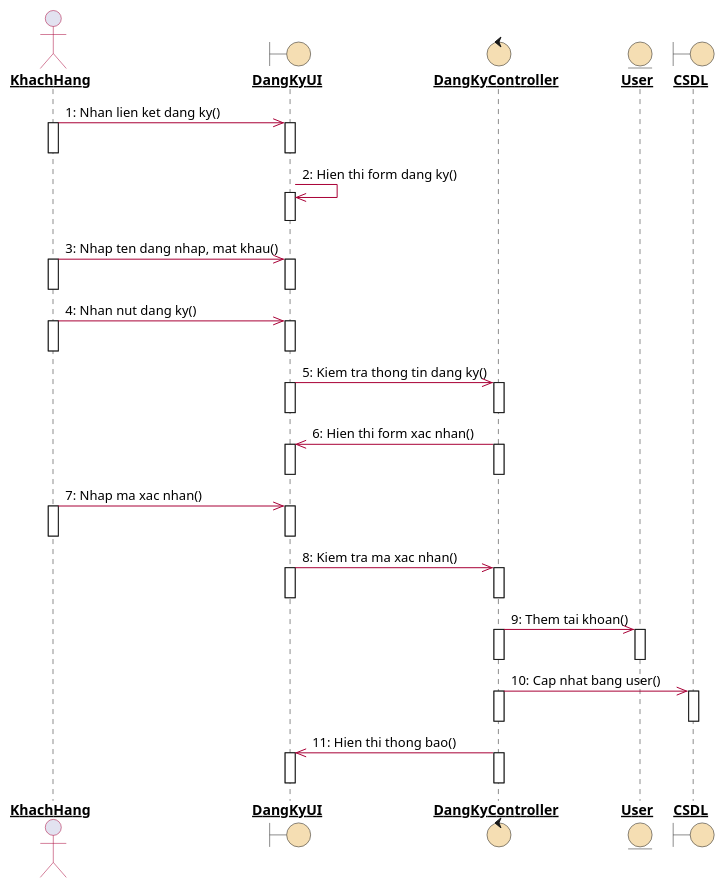
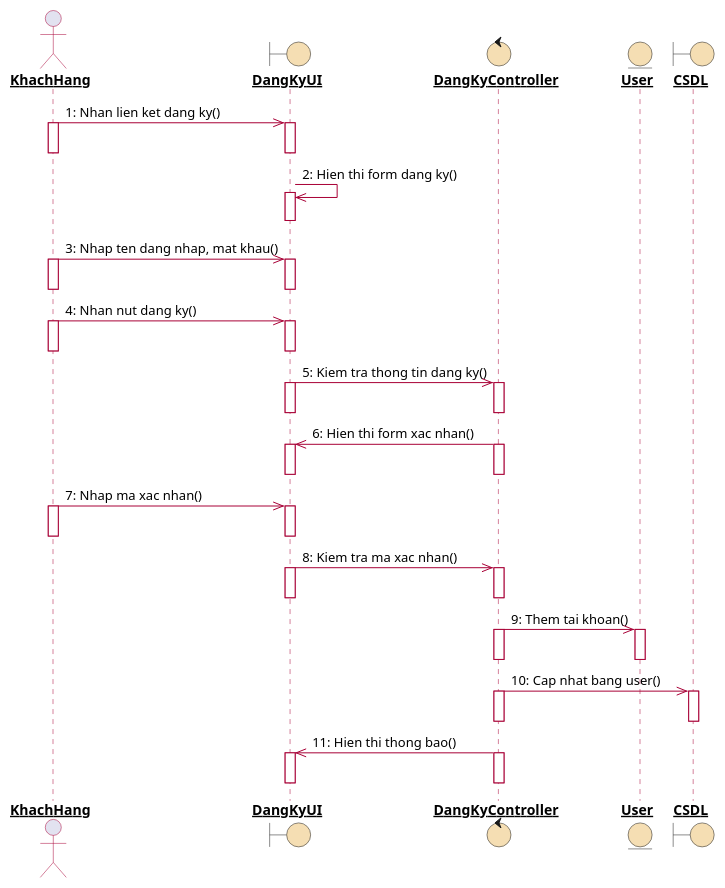
One commit to Caleumtatsu2010/techmate_parent changed the diagram in techmate_design/src/main/java/uml/sequence/DangKi.puml. Above: the diagram before and after it, drawn with PlantUML. The commit also changed 27 other files, not shown here.

```diff
--- a/techmate_design/src/main/java/uml/sequence/DangKi.puml
+++ b/techmate_design/src/main/java/uml/sequence/DangKi.puml
@@ -1,98 +1,105 @@
 @startuml
+
+skinparam sequence {
+
+LifeLineBorderColor #A80036
+
+}
+
 
 skinparam {
 Participant underline
 ArrowColor  #A80036
 
 
 ActorBorderColor #A80036
 ActorFontStyle bold
 
 
 BoundaryFontStyle bold
 BoundaryBackgroundColor #Wheat
 
 ControlFontStyle bold
 ControlBackgroundColor #Wheat
 
 ControlFontStyle bold
 ControlBackgroundColor #Wheat
 
 EntityFontStyle bold
 EntityBackgroundColor #Wheat
 }
 
 actor KhachHang
 boundary    DangKyUI
 control     DangKyController
 entity      User
 boundary    CSDL
 
 
 KhachHang ->> DangKyUI : 1: Nhan lien ket dang ky()
 activate KhachHang
 activate DangKyUI
 deactivate KhachHang
 deactivate DangKyUI
 
 DangKyUI ->> DangKyUI  : 2: Hien thi form dang ky()
 activate DangKyUI
 deactivate DangKyUI
 
 
 
 KhachHang ->> DangKyUI  : 3: Nhap ten dang nhap, mat khau()
 activate KhachHang
 activate DangKyUI
 deactivate KhachHang
 deactivate DangKyUI
 
 KhachHang ->> DangKyUI  : 4: Nhan nut dang ky()
 activate KhachHang
 activate DangKyUI
 deactivate KhachHang
 deactivate DangKyUI
 
 DangKyUI ->> DangKyController  : 5: Kiem tra thong tin dang ky()
 activate DangKyUI
 activate DangKyController
 deactivate DangKyUI
 deactivate DangKyController
 
 DangKyController ->> DangKyUI : 6: Hien thi form xac nhan()
 activate DangKyController
 activate DangKyUI
 deactivate DangKyController
 deactivate DangKyUI
 
 KhachHang ->> DangKyUI : 7: Nhap ma xac nhan()
 activate KhachHang
 activate DangKyUI
 deactivate KhachHang
 deactivate DangKyUI
 
 DangKyUI ->> DangKyController : 8: Kiem tra ma xac nhan()
 activate DangKyController
 activate DangKyUI
 deactivate DangKyController
 deactivate DangKyUI
 
 DangKyController ->> User : 9: Them tai khoan()
 activate DangKyController
 activate User
 deactivate DangKyController
 deactivate User
 
 DangKyController ->> CSDL : 10: Cap nhat bang user()
 activate DangKyController
 activate CSDL
 deactivate DangKyController
 deactivate CSDL
 
 DangKyController ->> DangKyUI : 11: Hien thi thong bao()
 activate DangKyController
 activate DangKyUI
 deactivate DangKyController
 deactivate DangKyUI
 
 @enduml
```
